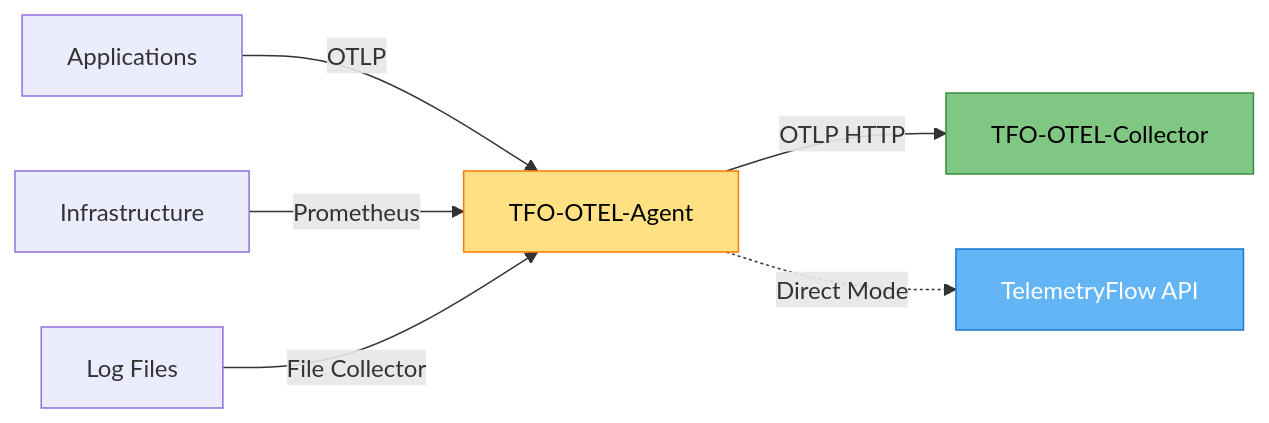
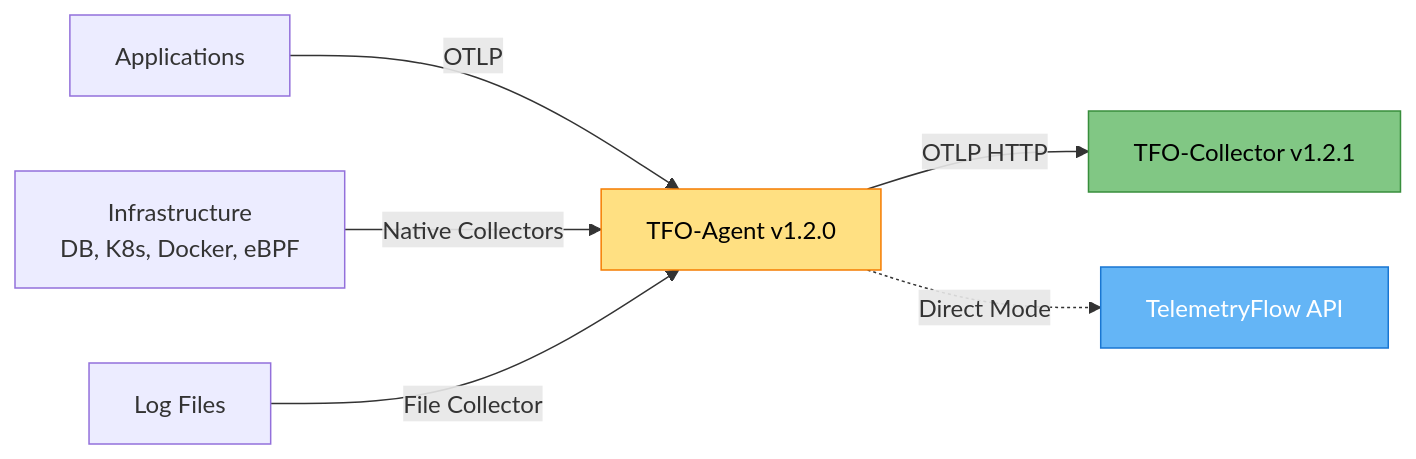
One commit to telemetryflow/telemetryflow-overview changed the first of 4 diagrams in tfo-otel/TFO-OTEL-AGENT.md. Above: the diagram before and after it, drawn with Mermaid. The commit also changed other lines of this file and 68 other files, not shown here.

````diff
--- a/tfo-otel/TFO-OTEL-AGENT.md
+++ b/tfo-otel/TFO-OTEL-AGENT.md
@@ -53,13 +46,13 @@
 ```mermaid
 graph LR
-    APP[Applications] -->|OTLP| AGENT[TFO-OTEL-Agent]
-    INFRA[Infrastructure] -->|Prometheus| AGENT
+    APP[Applications] -->|OTLP| AGENT[TFO-Agent v1.2.0]
+    INFRA[Infrastructure<br/>DB, K8s, Docker, eBPF] -->|Native Collectors| AGENT
     LOGS[Log Files] -->|File Collector| AGENT
 
-    AGENT -->|OTLP HTTP| COLLECTOR[TFO-OTEL-Collector]
+    AGENT -->|OTLP HTTP| COLLECTOR[TFO-Collector v1.2.1]
     AGENT -.->|Direct Mode| TFO[TelemetryFlow API]
 
     style AGENT fill:#FFE082,stroke:#F57C00,color:#000
     style COLLECTOR fill:#81C784,stroke:#388E3C,color:#000
     style TFO fill:#64B5F6,stroke:#1976D2,color:#fff
 ```
````
